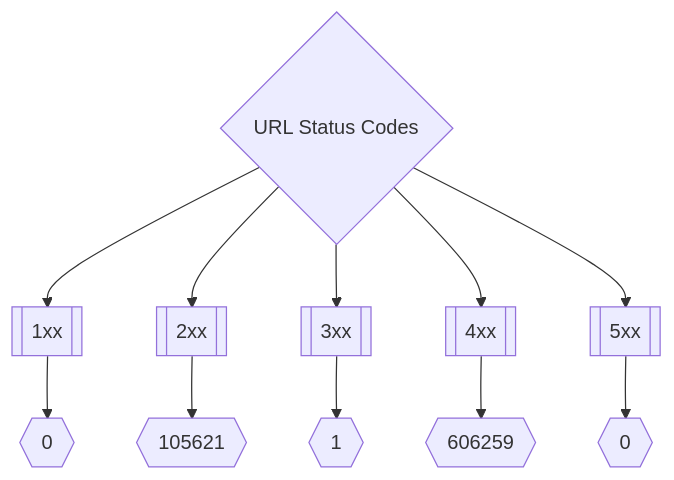
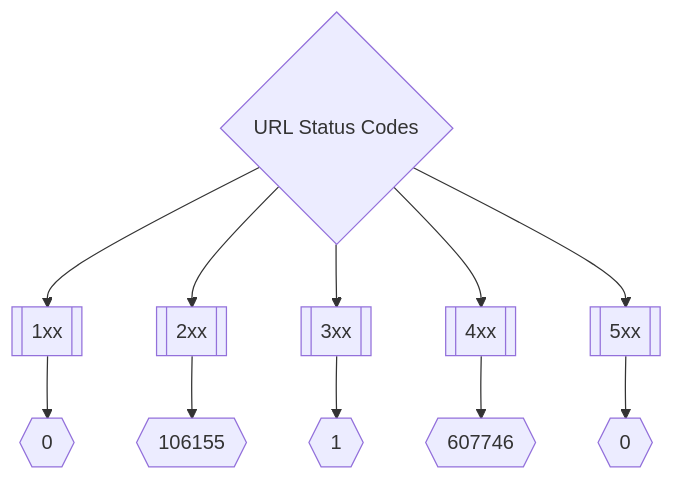
One commit to Excloudx6/inventory changed the second of 3 diagrams in README.md. Above: the diagram before and after it, drawn with Mermaid. The commit also changed other lines of this file, not shown here.

Commit message:
Update README.md Sat Aug 13 22:12:26 UTC 2022

````diff
--- a/README.md
+++ b/README.md
@@ -175,8 +175,8 @@
 ```mermaid
 graph TD
 title{URL Status Codes} --> 1xx[[1xx]] --> status1xxNum{{0}}
-title --> 2xx[[2xx]] --> status2xxNum{{105621}}
+title --> 2xx[[2xx]] --> status2xxNum{{106155}}
 title --> 3xx[[3xx]] --> status3xxNum{{1}}
-title --> 4xx[[4xx]] --> status4xxNum{{606259}}
+title --> 4xx[[4xx]] --> status4xxNum{{607746}}
 title --> 5xx[[5xx]] --> status5xxNum{{0}}
 ```
````
